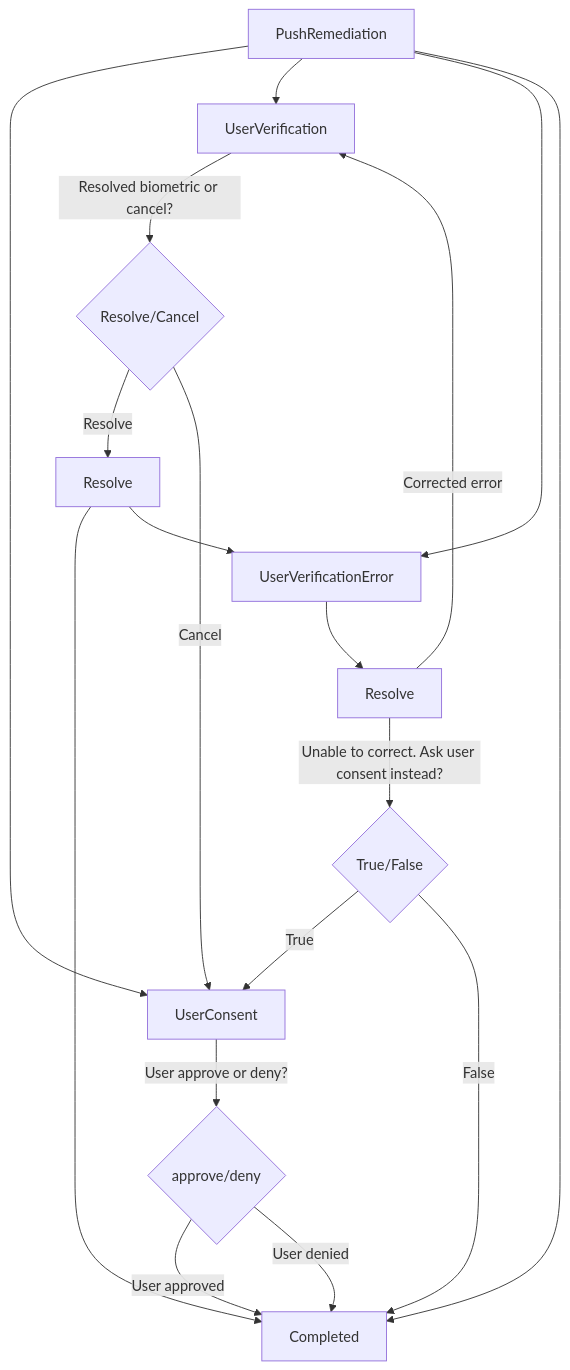
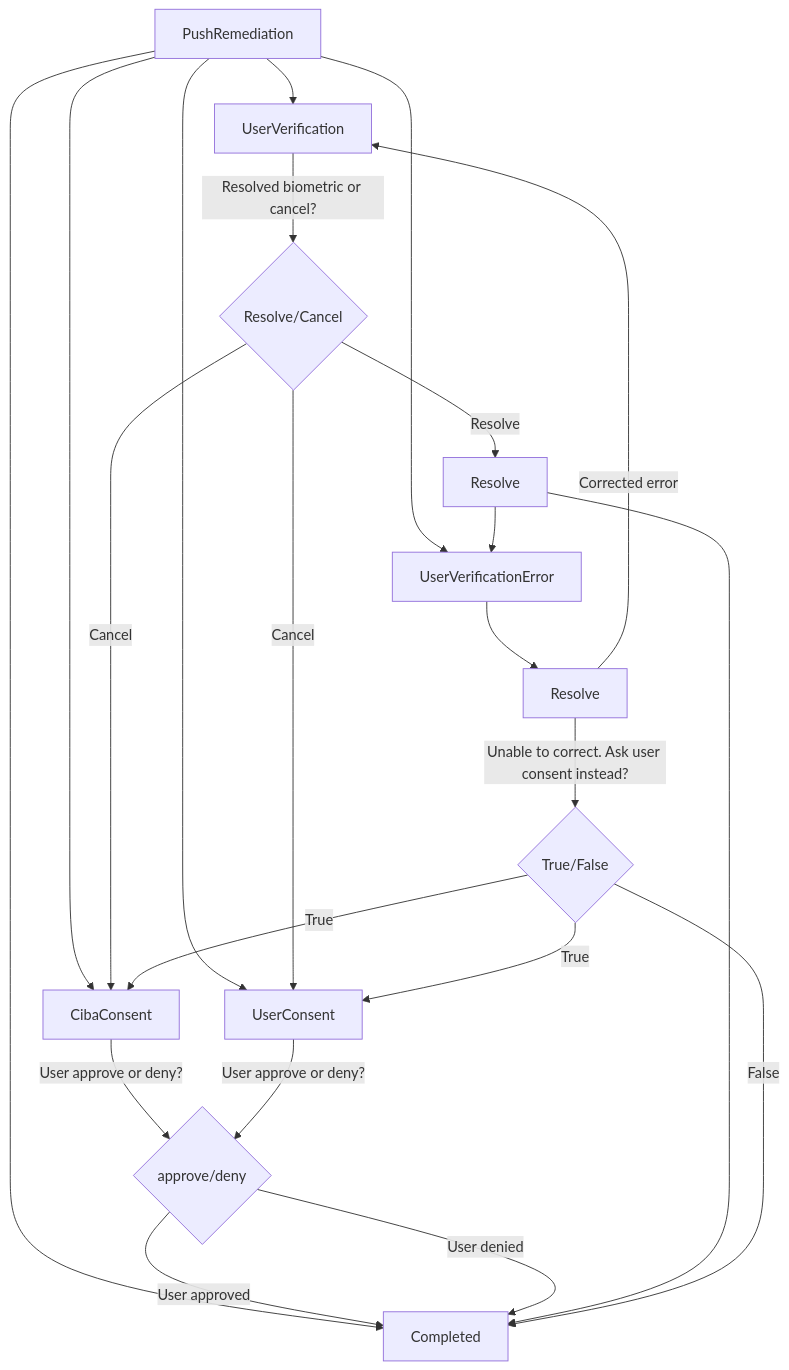
Before and after one commit to okta/okta-devices-kotlin: the diagram in README.md, drawn with Mermaid. The commit also changed other lines of this file and 15 other files, not shown here.

````diff
--- a/README.md
+++ b/README.md
@@ -241,20 +257,24 @@
 ```mermaid
 graph TD
     PushRemediation --> UserConsent
+    PushRemediation --> CibaConsent
     PushRemediation --> UserVerification
     PushRemediation --> UserVerificationError
     PushRemediation --> Completed
+    CibaConsent --> |User approve or deny?|UserConsentAction{approve/deny}
     UserConsent --> |User approve or deny?|UserConsentAction{approve/deny}
     UserConsentAction --> |User approved| Completed
     UserConsentAction --> |User denied| Completed
     UserVerification --> |Resolved biometric or cancel?|UserVerificationAction{Resolve/Cancel}
     UserVerificationAction --> |Resolve| Resolve
     UserVerificationAction --> |Cancel| UserConsent
+    UserVerificationAction --> |Cancel| CibaConsent
     Resolve --> Completed
     Resolve --> UserVerificationError
     UserVerificationError --> ResolveError[Resolve]
     ResolveError --> |Corrected error|UserVerification
     ResolveError --> |Unable to correct. Ask user consent instead?|ConsentOnFailure{True/False}
     ConsentOnFailure --> |True|UserConsent
+    ConsentOnFailure --> |True|CibaConsent
     ConsentOnFailure --> |False|Completed
 ```
````
